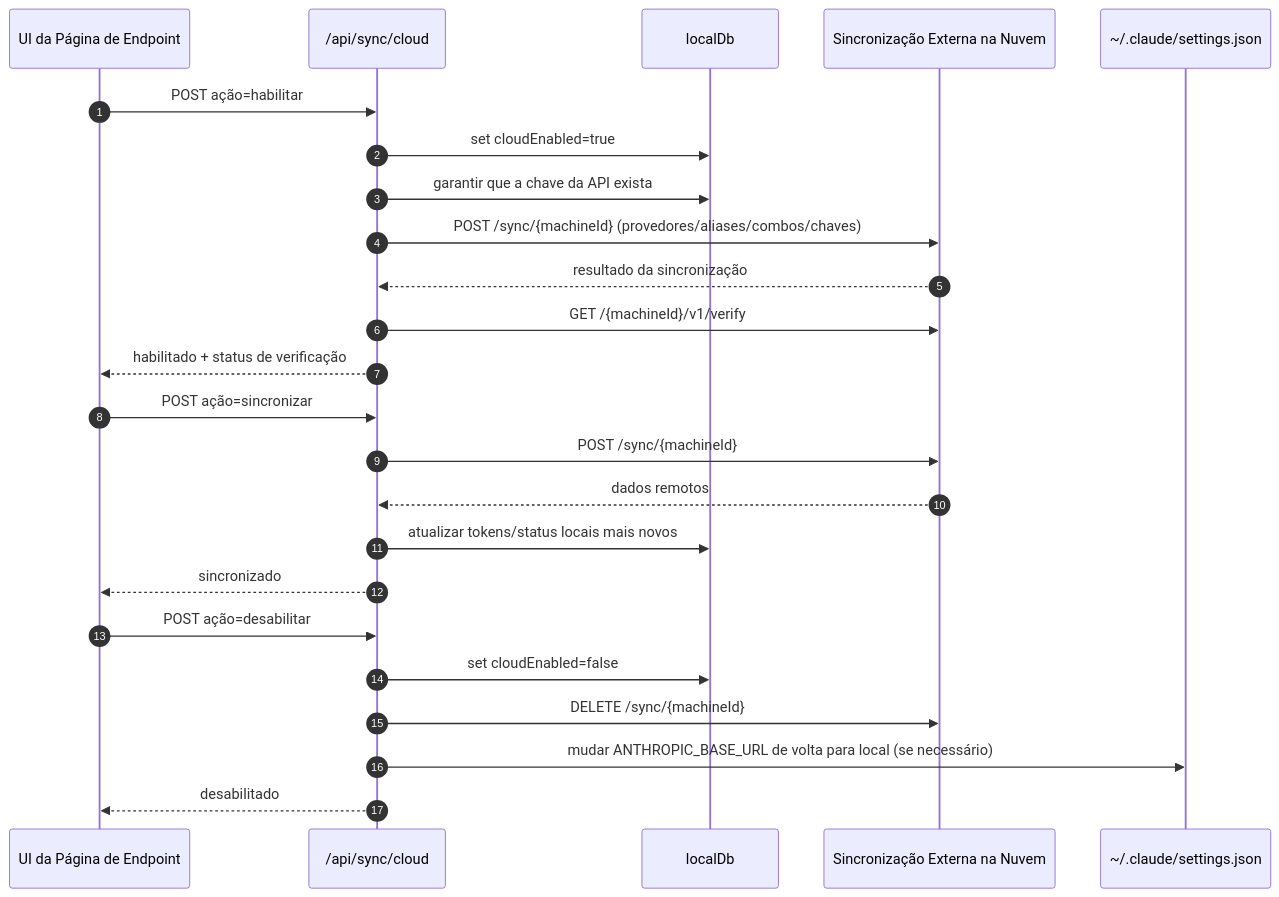
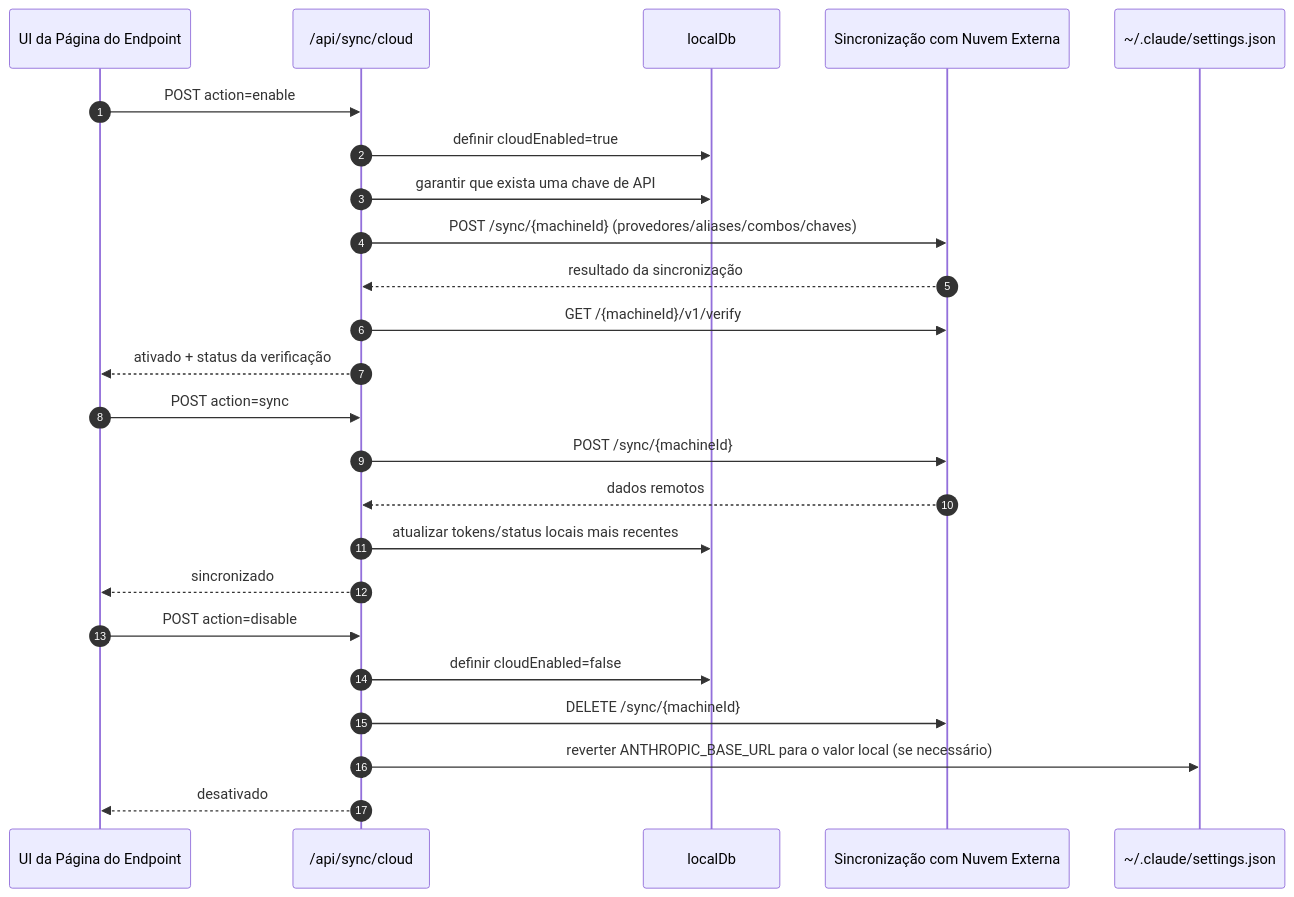
One commit to Abhijeet1520/OmniRoute changed the fifth of 7 diagrams in docs/i18n/pt-BR/docs/architecture/ARCHITECTURE.md. Above: the diagram before and after it, drawn with Mermaid. The commit also changed other lines of this file and 1154 other files, not shown here.

````diff
--- a/docs/i18n/pt-BR/docs/architecture/ARCHITECTURE.md
+++ b/docs/i18n/pt-BR/docs/architecture/ARCHITECTURE.md
@@ -646,29 +671,29 @@
 ```mermaid
 sequenceDiagram
     autonumber
-    participant UI as UI da Página de Endpoint
+    participant UI as UI da Página do Endpoint
     participant Sync as /api/sync/cloud
     participant DB as localDb
-    participant Cloud as Sincronização Externa na Nuvem
+    participant Cloud as Sincronização com Nuvem Externa
     participant Claude as ~/.claude/settings.json
 
-    UI->>Sync: POST ação=habilitar
-    Sync->>DB: set cloudEnabled=true
-    Sync->>DB: garantir que a chave da API exista
+    UI->>Sync: POST action=enable
+    Sync->>DB: definir cloudEnabled=true
+    Sync->>DB: garantir que exista uma chave de API
     Sync->>Cloud: POST /sync/{machineId} (provedores/aliases/combos/chaves)
     Cloud-->>Sync: resultado da sincronização
     Sync->>Cloud: GET /{machineId}/v1/verify
-    Sync-->>UI: habilitado + status de verificação
+    Sync-->>UI: ativado + status da verificação
 
-    UI->>Sync: POST ação=sincronizar
+    UI->>Sync: POST action=sync
     Sync->>Cloud: POST /sync/{machineId}
     Cloud-->>Sync: dados remotos
-    Sync->>DB: atualizar tokens/status locais mais novos
+    Sync->>DB: atualizar tokens/status locais mais recentes
     Sync-->>UI: sincronizado
 
-    UI->>Sync: POST ação=desabilitar
-    Sync->>DB: set cloudEnabled=false
+    UI->>Sync: POST action=disable
+    Sync->>DB: definir cloudEnabled=false
     Sync->>Cloud: DELETE /sync/{machineId}
-    Sync->>Claude: mudar ANTHROPIC_BASE_URL de volta para local (se necessário)
-    Sync-->>UI: desabilitado
+    Sync->>Claude: reverter ANTHROPIC_BASE_URL para o valor local (se necessário)
+    Sync-->>UI: desativado
 ```
````
